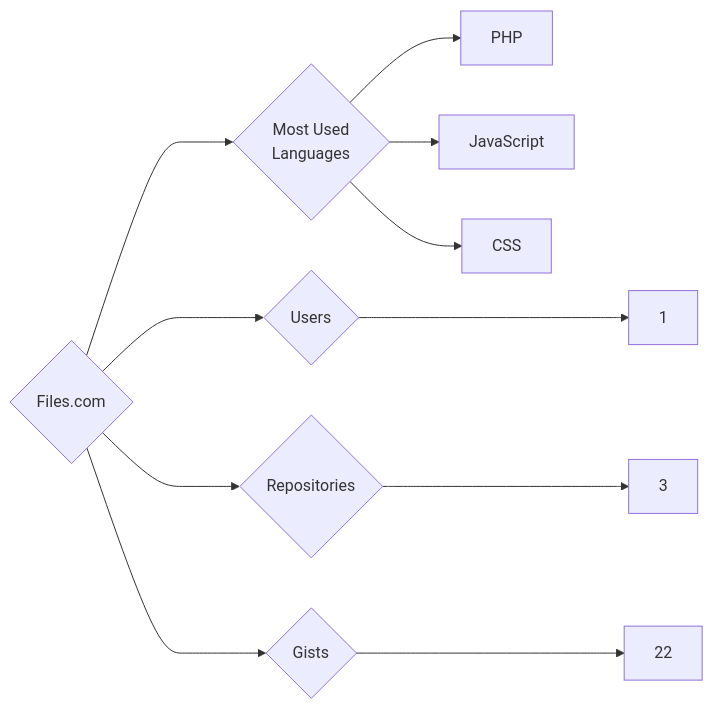
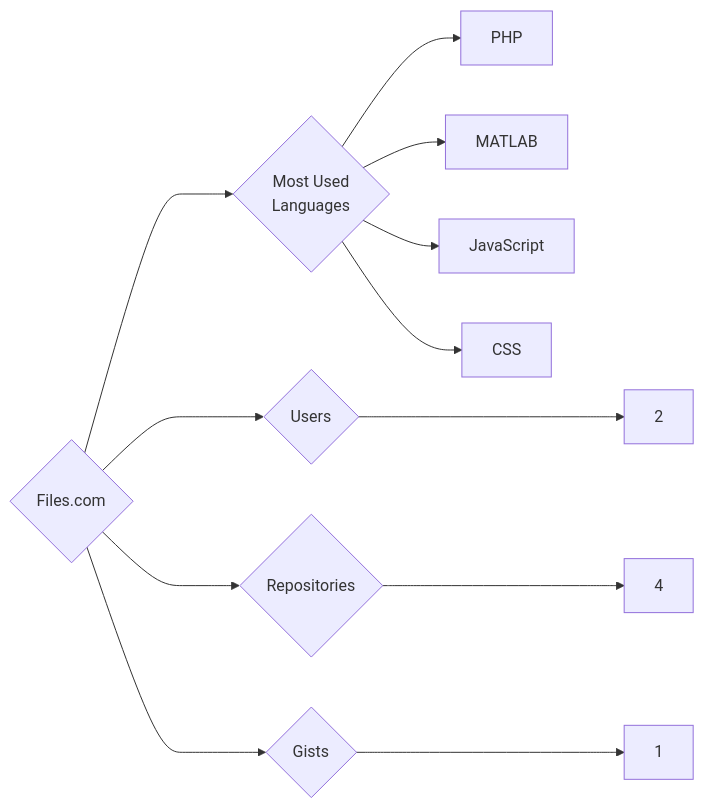
Before and after one commit to trickest/insiders: the diagram in targets/Files.com/README.md, drawn with Mermaid. The commit also changed 895 other files, not shown here.

````diff
--- a/targets/Files.com/README.md
+++ b/targets/Files.com/README.md
@@ -3,11 +3,12 @@
 ```mermaid
 graph LR
 COMPANY_NAME{Files.com}
-COMPANY_NAME ---> U{Users} ---> UN[1]
-COMPANY_NAME ---> R{Repositories} ---> RN[3]
-COMPANY_NAME ---> G{Gists} ---> GN[22]
+COMPANY_NAME ---> U{Users} ---> UN[2]
+COMPANY_NAME ---> R{Repositories} ---> RN[4]
+COMPANY_NAME ---> G{Gists} ---> GN[1]
 COMPANY_NAME ---> ML{Most Used<br>Languages}
 ML --> PHP[PHP]
+ML --> MATLAB[MATLAB]
 ML --> JavaScript[JavaScript]
 ML --> CSS[CSS]
 ```
````
